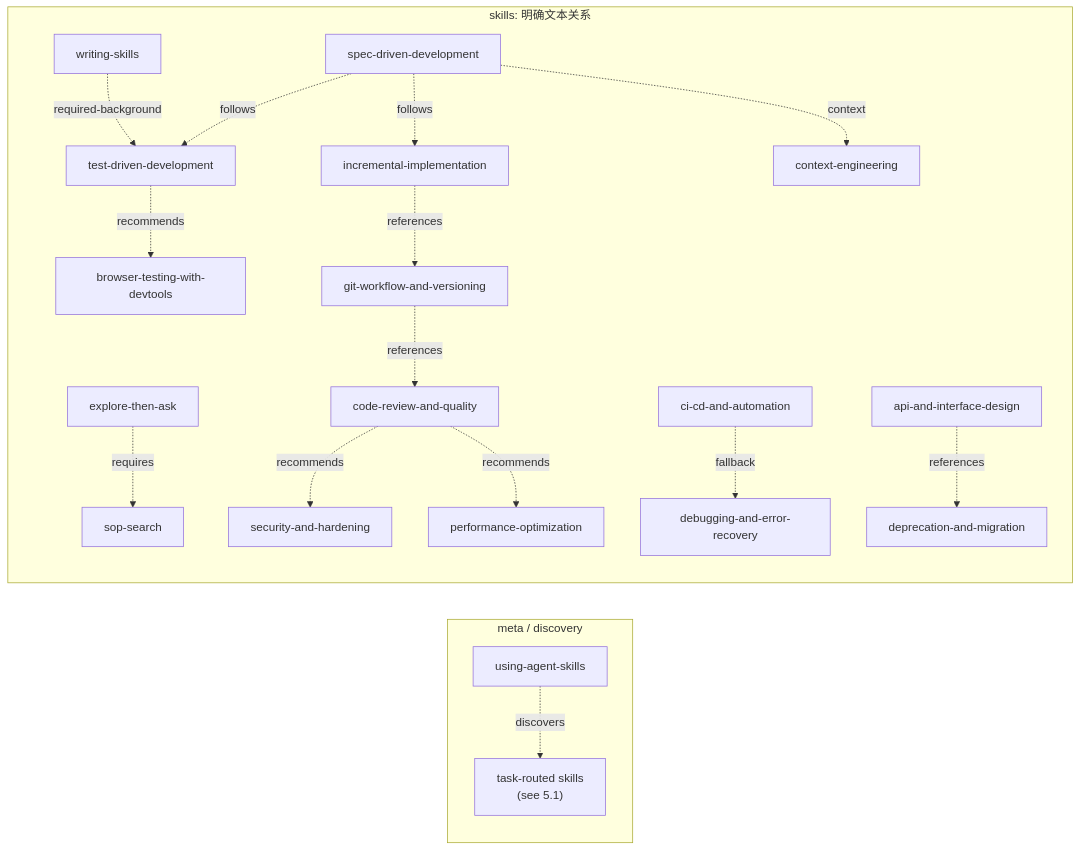
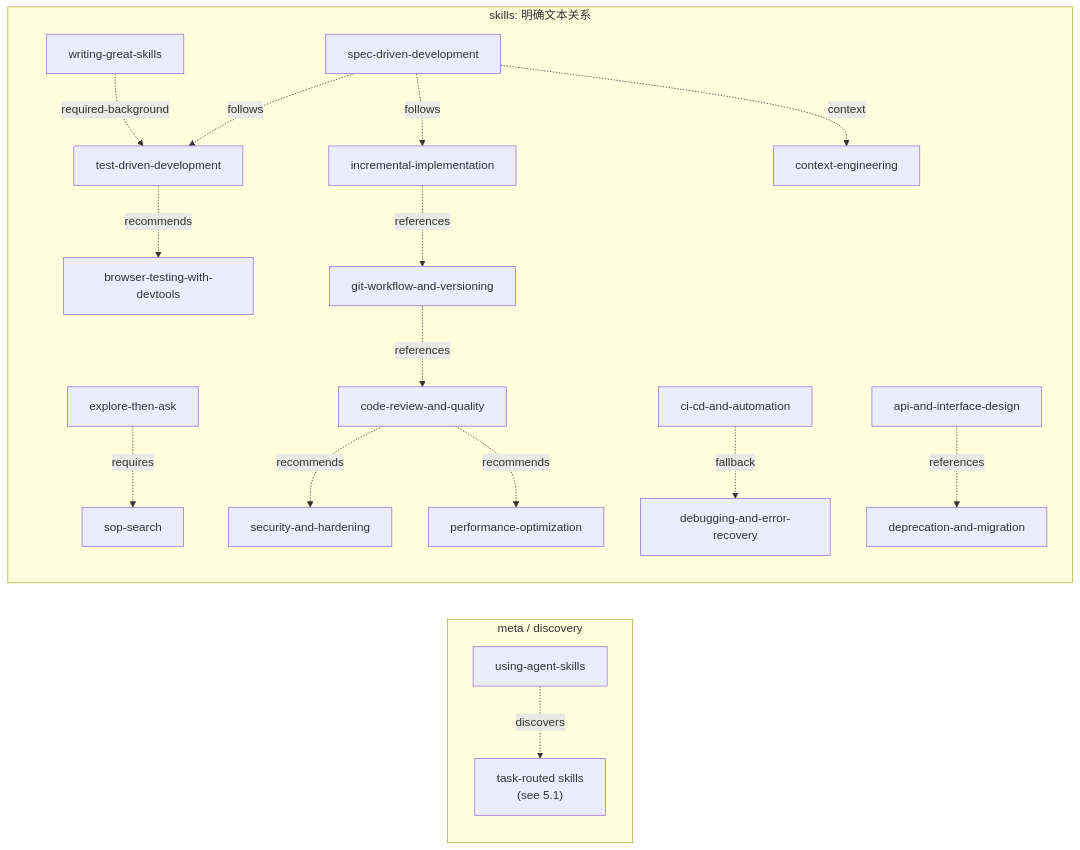
Before and after one commit to carl10086/ys-powers: the second of 2 diagrams in docs/codebase/power-dependencies.md, drawn with Mermaid. The commit also changed other lines of this file and 13 other files, not shown here.

````diff
--- a/docs/codebase/power-dependencies.md
+++ b/docs/codebase/power-dependencies.md
@@ -149,41 +149,41 @@
 ```mermaid
 flowchart LR
     subgraph Meta["meta / discovery"]
         using["using-agent-skills"]
         discoverySet["task-routed skills\n(see 5.1)"]
     end
 
     subgraph Skills["skills: 明确文本关系"]
         explore["explore-then-ask"]
         sop["sop-search"]
         specdev["spec-driven-development"]
         incremental["incremental-implementation"]
         tdd["test-driven-development"]
         ctx["context-engineering"]
         browser["browser-testing-with-devtools"]
         reviewSkill["code-review-and-quality"]
         sec["security-and-hardening"]
         perf["performance-optimization"]
         git["git-workflow-and-versioning"]
         cicd["ci-cd-and-automation"]
         debug["debugging-and-error-recovery"]
         api["api-and-interface-design"]
         migration["deprecation-and-migration"]
-        writing["writing-skills"]
+        writing["writing-great-skills"]
     end
 
     using -. discovers .-> discoverySet
 
     explore -. requires .-> sop
     specdev -. follows .-> incremental
     specdev -. follows .-> tdd
     specdev -. context .-> ctx
     tdd -. recommends .-> browser
     reviewSkill -. recommends .-> sec
     reviewSkill -. recommends .-> perf
     incremental -. references .-> git
     git -. references .-> reviewSkill
     cicd -. fallback .-> debug
     api -. references .-> migration
     writing -. required-background .-> tdd
 ```
````
